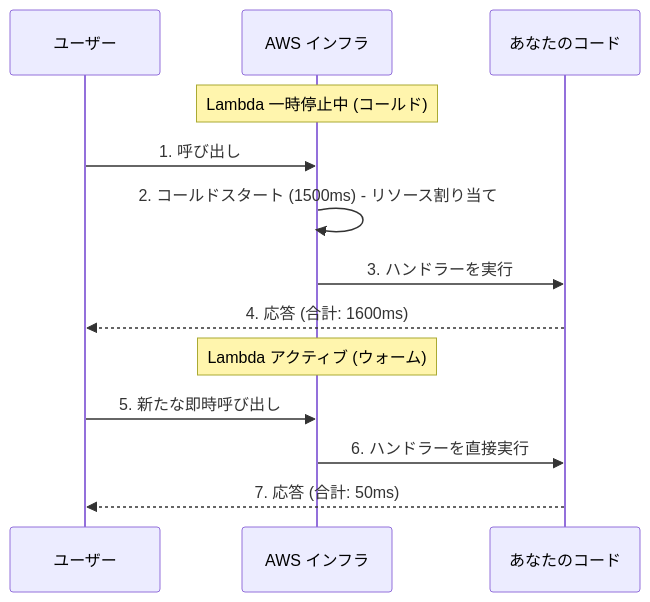
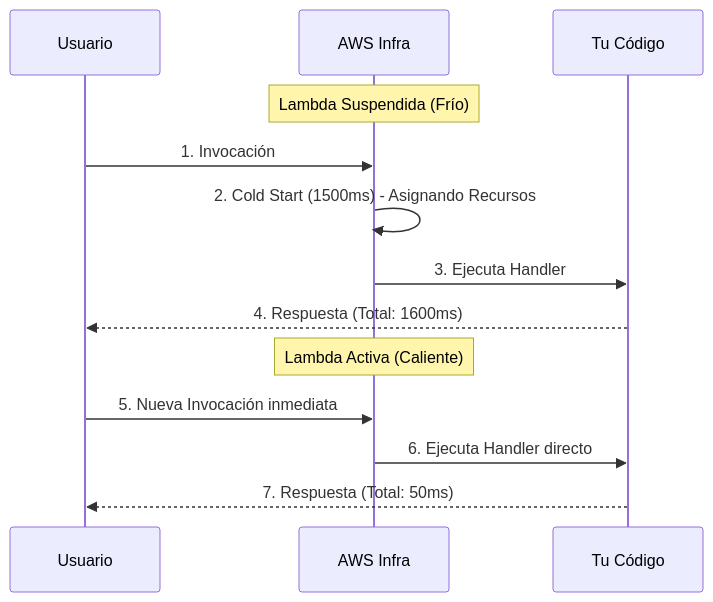
One commit to gjpierp/nmergeia changed the first of 2 diagrams in public/docs/ja/ext_aws_basico.md. Above: the diagram before and after it, drawn with Mermaid. The commit also changed other lines of this file and 518 other files, not shown here.

````diff
--- a/public/docs/ja/ext_aws_basico.md
+++ b/public/docs/ja/ext_aws_basico.md
@@ -46,17 +46,17 @@
 ```mermaid
 sequenceDiagram
-    participant Usuario as ユーザー
-    participant AWS as AWS インフラ
-    participant Lambda as あなたのコード
+    participant Usuario
+    participant AWS as AWS Infra
+    participant Lambda as Tu Código
 
-    Note over AWS: Lambda 一時停止中 (コールド)
-    Usuario->>AWS: 1. 呼び出し
-    AWS->>AWS: 2. コールドスタート (1500ms) - リソース割り当て
-    AWS->>Lambda: 3. ハンドラーを実行
-    Lambda-->>Usuario: 4. 応答 (合計: 1600ms)
+    Note over AWS: Lambda Suspendida (Frío)
+    Usuario->>AWS: 1. Invocación
+    AWS->>AWS: 2. Cold Start (1500ms) - Asignando Recursos
+    AWS->>Lambda: 3. Ejecuta Handler
+    Lambda-->>Usuario: 4. Respuesta (Total: 1600ms)
 
-    Note over AWS: Lambda アクティブ (ウォーム)
-    Usuario->>AWS: 5. 新たな即時呼び出し
-    AWS->>Lambda: 6. ハンドラーを直接実行
-    Lambda-->>Usuario: 7. 応答 (合計: 50ms)
+    Note over AWS: Lambda Activa (Caliente)
+    Usuario->>AWS: 5. Nueva Invocación inmediata
+    AWS->>Lambda: 6. Ejecuta Handler directo
+    Lambda-->>Usuario: 7. Respuesta (Total: 50ms)
 ```
````
